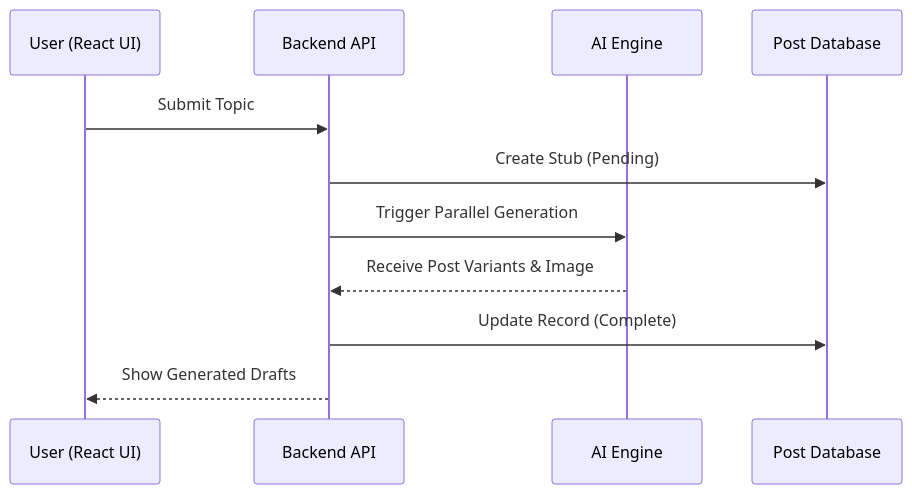
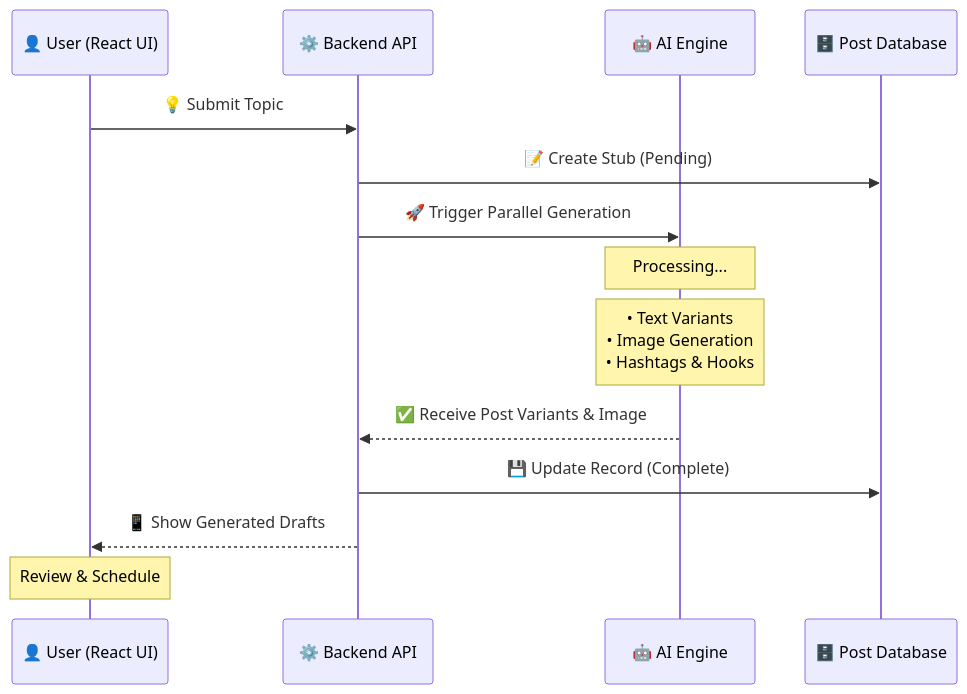
One commit to divy-mevada/postify changed the second of 4 diagrams in design.md. Above: the diagram before and after it, drawn with Mermaid. The commit also changed other lines of this file and 1 other file, not shown here.

````diff
--- a/design.md
+++ b/design.md
@@ -45,14 +114,20 @@
 ```mermaid
 sequenceDiagram
-    participant User as User (React UI)
-    participant API as Backend API
-    participant AI as AI Engine
-    participant DB as Post Database
+    participant User as 👤 User (React UI)
+    participant API as ⚙️ Backend API
+    participant AI as 🤖 AI Engine
+    participant DB as 🗄️ Post Database
 
-    User->>API: Submit Topic
-    API->>DB: Create Stub (Pending)
-    API->>AI: Trigger Parallel Generation
-    AI-->>API: Receive Post Variants & Image
-    API->>DB: Update Record (Complete)
-    API-->>User: Show Generated Drafts
+    User->>API: 💡 Submit Topic
+    API->>DB: 📝 Create Stub (Pending)
+    API->>AI: 🚀 Trigger Parallel Generation
+    
+    Note over AI: Processing...
+    Note over AI: • Text Variants<br/>• Image Generation<br/>• Hashtags & Hooks
+    
+    AI-->>API: ✅ Receive Post Variants & Image
+    API->>DB: 💾 Update Record (Complete)
+    API-->>User: 📱 Show Generated Drafts
+    
+    Note over User: Review & Schedule
 ```
````
